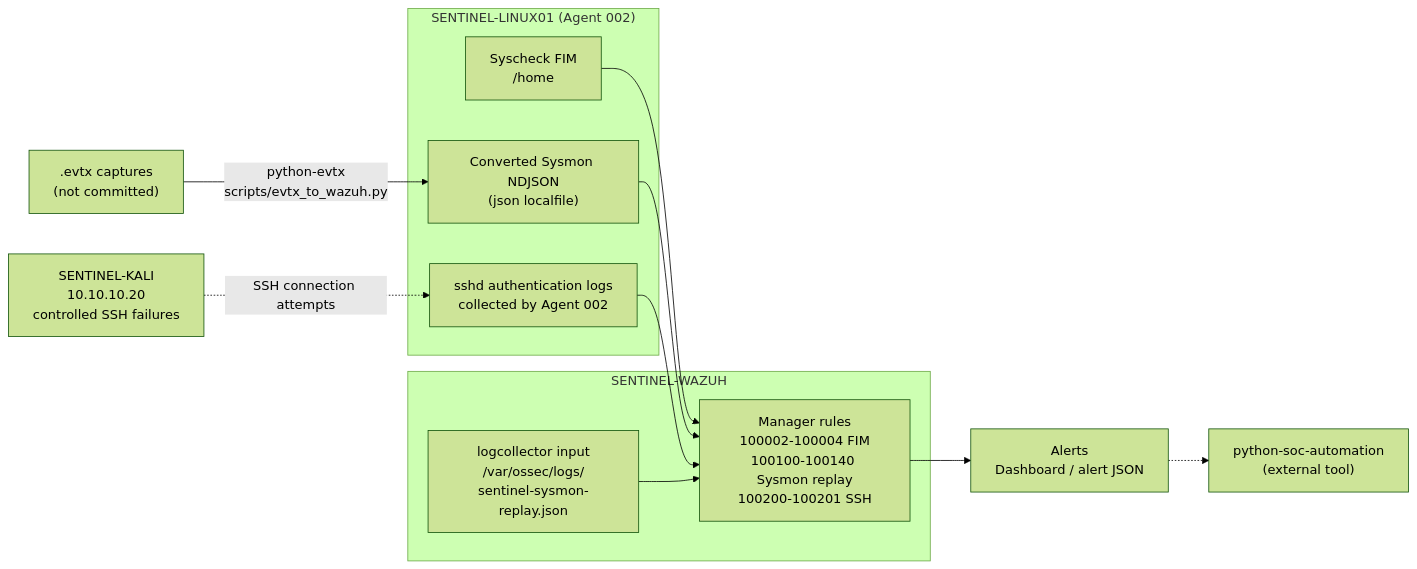
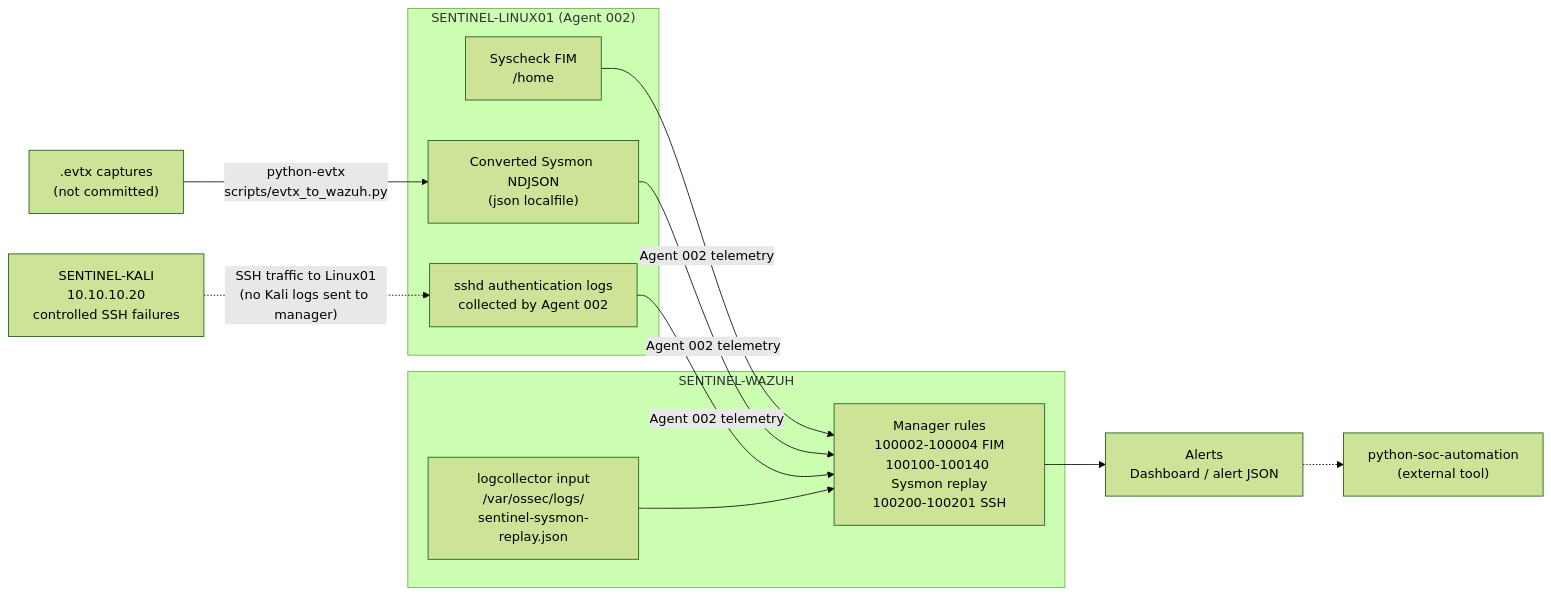
Before and after one commit to andyydz/sentinel-soc-lab: the third of 4 diagrams in docs/03-architecture.md, drawn with Mermaid (forest theme). The commit also changed other lines of this file, not shown here.

````diff
--- a/docs/03-architecture.md
+++ b/docs/03-architecture.md
@@ -121,23 +126,23 @@
 ```mermaid
 flowchart LR
     subgraph EP["SENTINEL-LINUX01 (Agent 002)"]
         FIM["Syscheck FIM<br/>/home"]
         SSHD["sshd authentication logs<br/>collected by Agent 002"]
         EVJ["Converted Sysmon NDJSON<br/>(json localfile)"]
     end
 
-    KALI["SENTINEL-KALI<br/>10.10.10.20<br/>controlled SSH failures"] -.->|"SSH connection attempts"| SSHD
+    KALI["SENTINEL-KALI<br/>10.10.10.20<br/>controlled SSH failures"] -.->|"SSH traffic to Linux01<br/>(no Kali logs sent to manager)"| SSHD
     EVTX[".evtx captures<br/>(not committed)"] -->|"python-evtx<br/>scripts/evtx_to_wazuh.py"| EVJ
 
     subgraph MGR["SENTINEL-WAZUH"]
         RULES["Manager rules<br/>100002-100004 FIM<br/>100100-100140 Sysmon replay<br/>100200-100201 SSH"]
         JLC["logcollector input<br/>/var/ossec/logs/<br/>sentinel-sysmon-replay.json"]
     end
 
-    FIM --> RULES
-    EVJ --> RULES
-    SSHD --> RULES
+    FIM -->|"Agent 002 telemetry"| RULES
+    EVJ -->|"Agent 002 telemetry"| RULES
+    SSHD -->|"Agent 002 telemetry"| RULES
     JLC --> RULES
     RULES --> ALERTS["Alerts<br/>Dashboard / alert JSON"]
     ALERTS -.-> TRIAGE["python-soc-automation<br/>(external tool)"]
 ```
````
